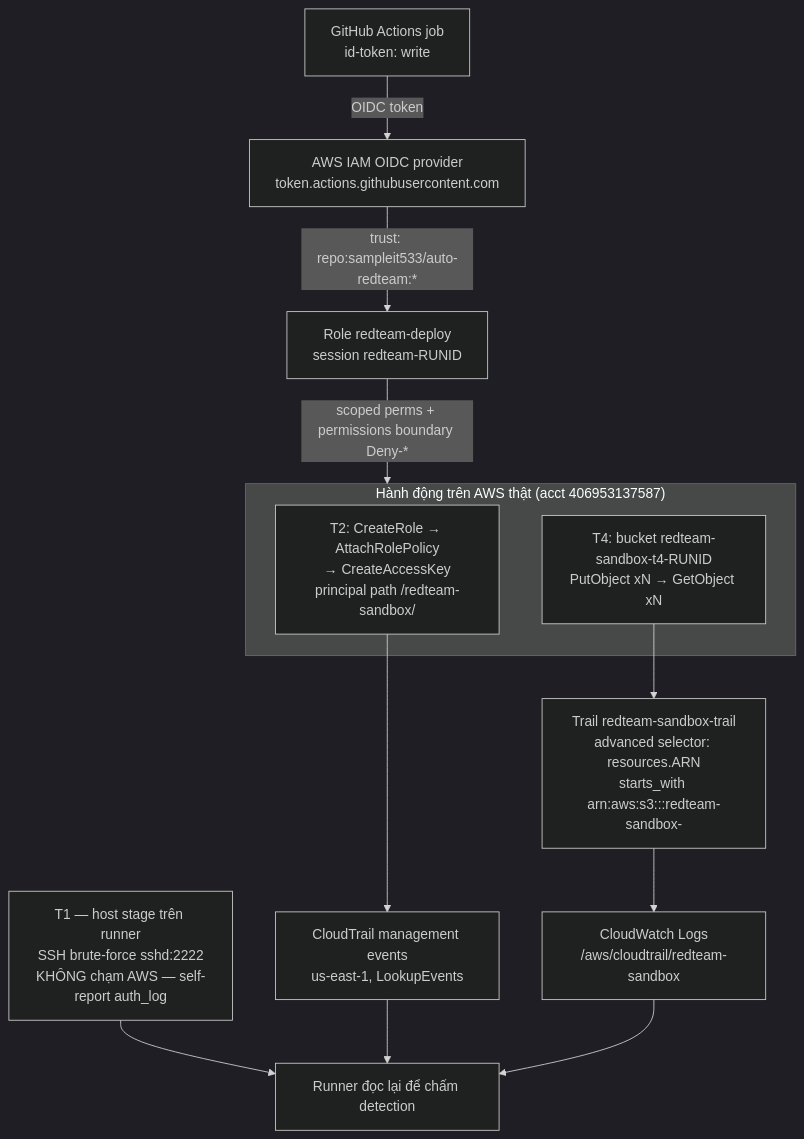
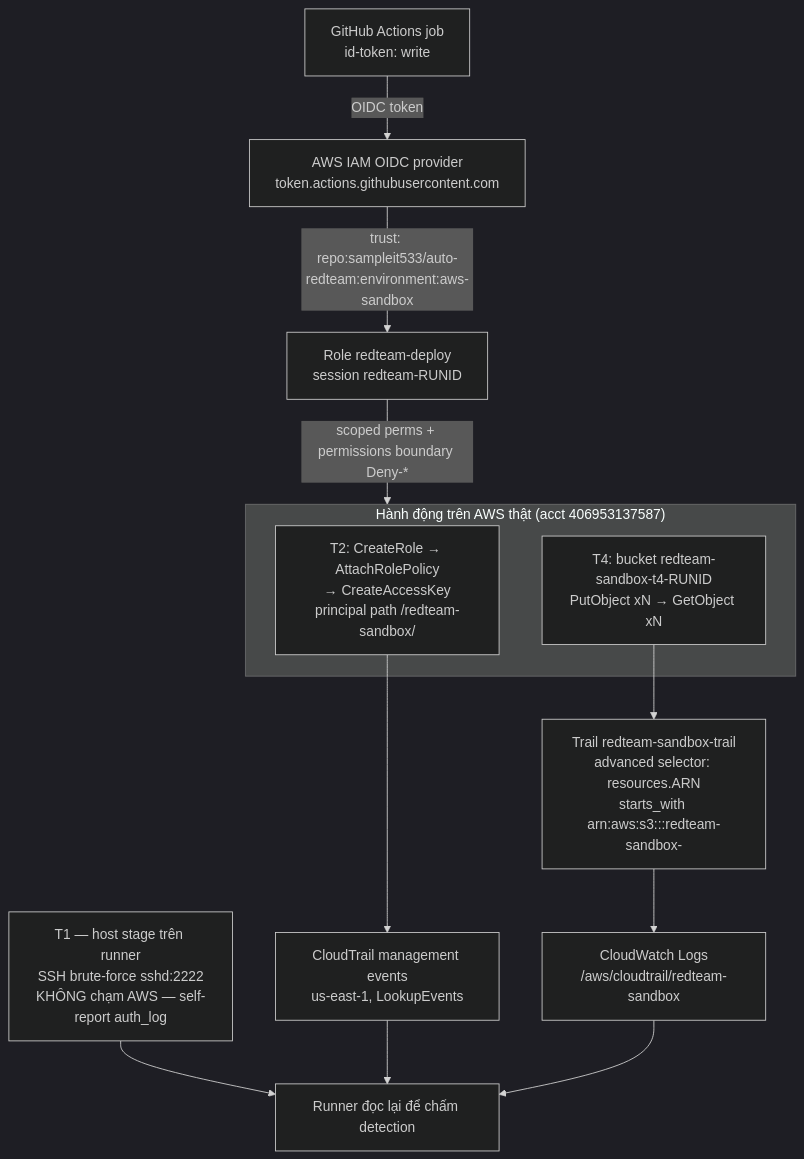
One commit to sampleit533/auto-redteam changed the fifth of 6 diagrams in docs/architecture.md. Above: the diagram before and after it, drawn with Mermaid (dark theme). The commit also changed other lines of this file and 9 other files, not shown here.

````diff
--- a/docs/architecture.md
+++ b/docs/architecture.md
@@ -218,21 +221,21 @@
 ```mermaid
 flowchart TD
     gha[GitHub Actions job<br/>id-token: write] -->|OIDC token| idp[AWS IAM OIDC provider<br/>token.actions.githubusercontent.com]
-    idp -->|trust: repo:sampleit533/auto-redteam:*| role[Role redteam-deploy<br/>session redteam-RUNID]
+    idp -->|trust: repo:sampleit533/auto-redteam:environment:aws-sandbox| role[Role redteam-deploy<br/>session redteam-RUNID]
     role -->|scoped perms + permissions boundary Deny-*| acts
 
     t1h[T1 — host stage trên runner<br/>SSH brute-force sshd:2222<br/>KHÔNG chạm AWS — self-report auth_log]
 
     subgraph acts [" Hành động trên AWS thật (acct 406953137587) "]
         t2a[T2: CreateRole → AttachRolePolicy<br/>→ CreateAccessKey<br/>principal path /redteam-sandbox/]
         t4a[T4: bucket redteam-sandbox-t4-RUNID<br/>PutObject xN → GetObject xN]
     end
 
     t2a --> ctm[CloudTrail management events<br/>us-east-1, LookupEvents]
     t4a --> trail[Trail redteam-sandbox-trail<br/>advanced selector: resources.ARN<br/>starts_with arn:aws:s3:::redteam-sandbox-]
     trail --> cwl[CloudWatch Logs<br/>/aws/cloudtrail/redteam-sandbox]
 
     t1h --> readback[Runner đọc lại để chấm detection]
     ctm --> readback
     cwl --> readback
 ```
````
